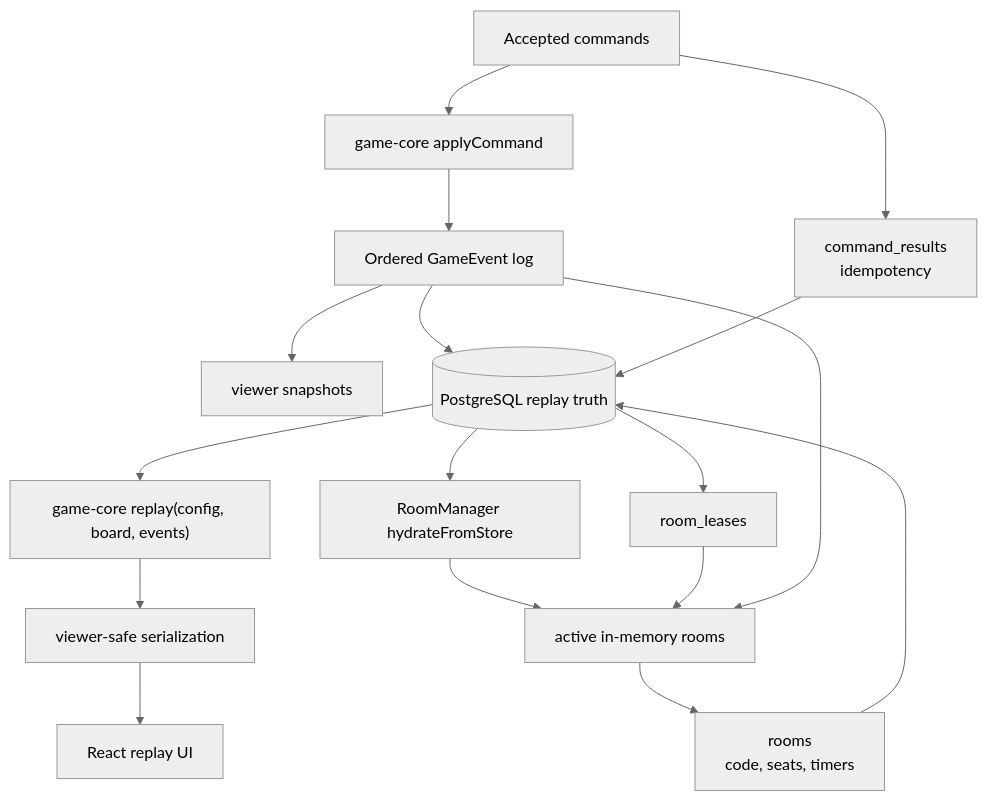
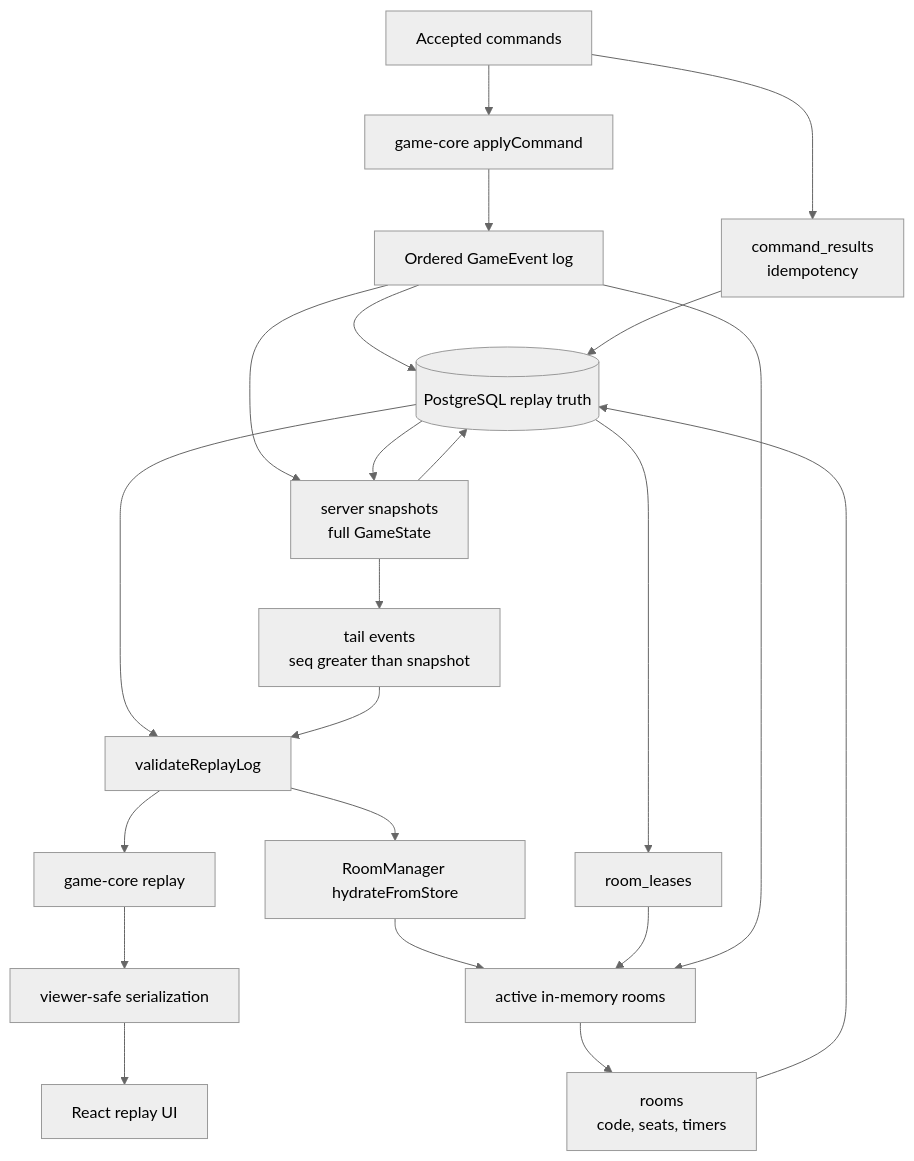
Before and after one commit to sahnsookyung/colonizt: the eighth of 10 diagrams in docs/architecture.md, drawn with Mermaid (neutral theme). The commit also changed other lines of this file and 19 other files, not shown here.

Commit message:
Stabilize replay snapshots and gameplay UI

````diff
--- a/docs/architecture.md
+++ b/docs/architecture.md
@@ -354,25 +370,28 @@
 ```mermaid
 flowchart TB
   accepted["Accepted commands"]
   reducer["game-core applyCommand"]
   events["Ordered GameEvent log"]
   commandResults["command_results<br/>idempotency"]
   roomRows["rooms<br/>code, seats, timers"]
-  snapshots["viewer snapshots"]
-  replay["game-core replay(config, board, events)"]
+  snapshots["server snapshots<br/>full GameState"]
+  validator["validateReplayLog"]
+  tail["tail events<br/>seq greater than snapshot"]
+  replay["game-core replay"]
   viewer["viewer-safe serialization"]
   replayUi["React replay UI"]
   hydrate["RoomManager hydrateFromStore"]
   activeRooms["active in-memory rooms"]
   leases["room_leases"]
   postgres[("PostgreSQL replay truth")]
 
   accepted --> reducer --> events --> postgres
   accepted --> commandResults --> postgres
   activeRooms --> roomRows --> postgres
-  events --> snapshots
-  postgres --> replay --> viewer --> replayUi
-  postgres --> hydrate --> activeRooms
+  events --> snapshots --> postgres
+  postgres --> validator --> replay --> viewer --> replayUi
+  postgres --> snapshots --> tail --> validator
+  validator --> hydrate --> activeRooms
   postgres --> leases --> activeRooms
   events --> activeRooms
 ```
````
